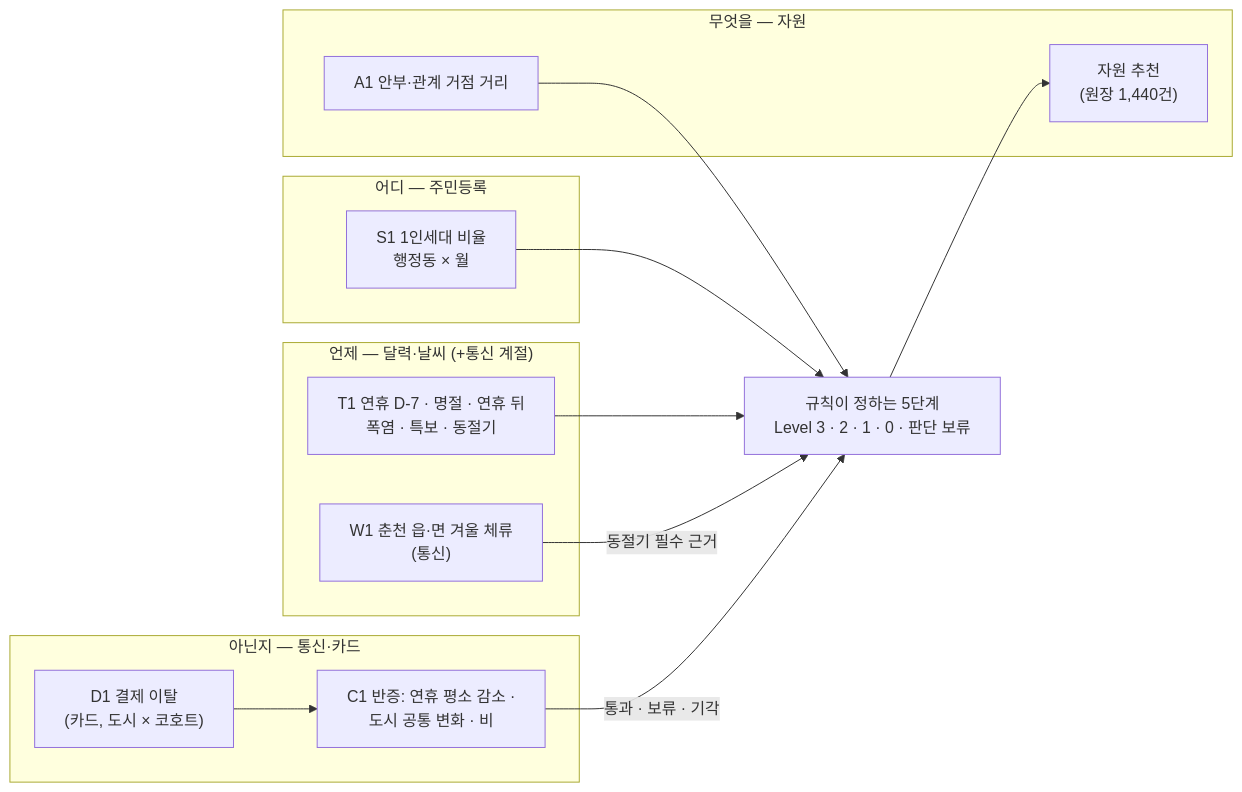
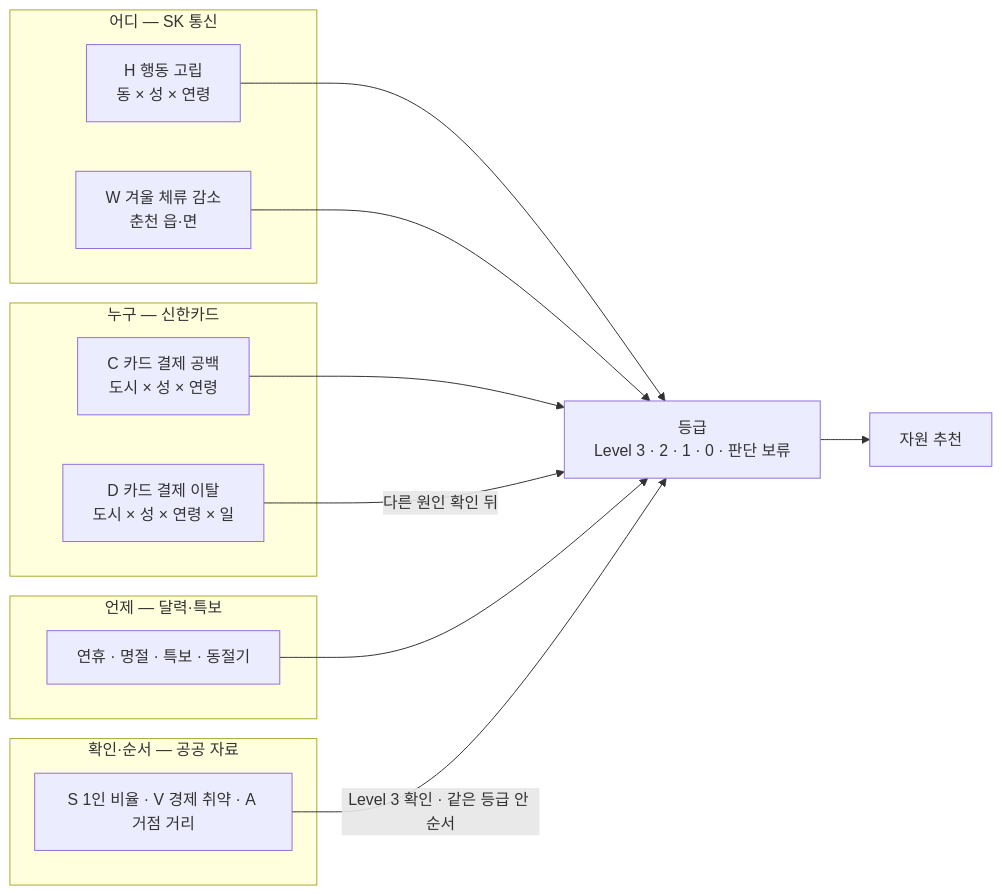
Before and after one commit to taeyeon715/BigDataContest_social-isolation-LINK-Radar: the diagram in docs/데이터_역할.md, drawn with Mermaid. The commit also changed other lines of this file and 8 other files, not shown here.

````diff
--- a/docs/데이터_역할.md
+++ b/docs/데이터_역할.md
@@ -7,24 +7,24 @@
 ```mermaid
 flowchart LR
-  subgraph WHERE["어디 — 주민등록"]
-    S1["S1 1인세대 비율<br/>행정동 × 월"]
+  subgraph WHO["누구 — 신한카드"]
+    C["C 카드 결제 공백<br/>도시 × 성 × 연령"]
+    D["D 카드 결제 이탈<br/>도시 × 성 × 연령 × 일"]
   end
-  subgraph WHEN["언제 — 달력·날씨 (+통신 계절)"]
-    T1["T1 연휴 D-7 · 명절 · 연휴 뒤<br/>폭염 · 특보 · 동절기"]
-    W1["W1 춘천 읍·면 겨울 체류<br/>(통신)"]
+  subgraph WHERE["어디 — SK 통신"]
+    H["H 행동 고립<br/>동 × 성 × 연령"]
+    W["W 겨울 체류 감소<br/>춘천 읍·면"]
   end
-  subgraph NOT["아닌지 — 통신·카드"]
-    D1["D1 결제 이탈<br/>(카드, 도시 × 코호트)"]
-    C1["C1 반증: 연휴 평소 감소 ·<br/>도시 공통 변화 · 비"]
+  subgraph WHEN["언제 — 달력·특보"]
+    T["연휴 · 명절 · 특보 · 동절기"]
   end
-  subgraph WHAT["무엇을 — 자원"]
-    A1["A1 안부·관계 거점 거리"]
-    R["자원 추천<br/>(원장 1,440건)"]
+  subgraph CHECK["확인·순서 — 공공 자료"]
+    S["S 1인 비율 · V 경제 취약 · A 거점 거리"]
   end
-  S1 --> L["규칙이 정하는 5단계<br/>Level 3 · 2 · 1 · 0 · 판단 보류"]
-  A1 --> L
-  T1 --> L
-  W1 -->|동절기 필수 근거| L
-  D1 --> C1 -->|통과 · 보류 · 기각| L
-  L --> R
+  C --> L["등급<br/>Level 3 · 2 · 1 · 0 · 판단 보류"]
+  H --> L
+  W --> L
+  T --> L
+  S -->|Level 3 확인 · 같은 등급 안 순서| L
+  D -->|다른 원인 확인 뒤| L
+  L --> R["자원 추천"]
 ```
````
